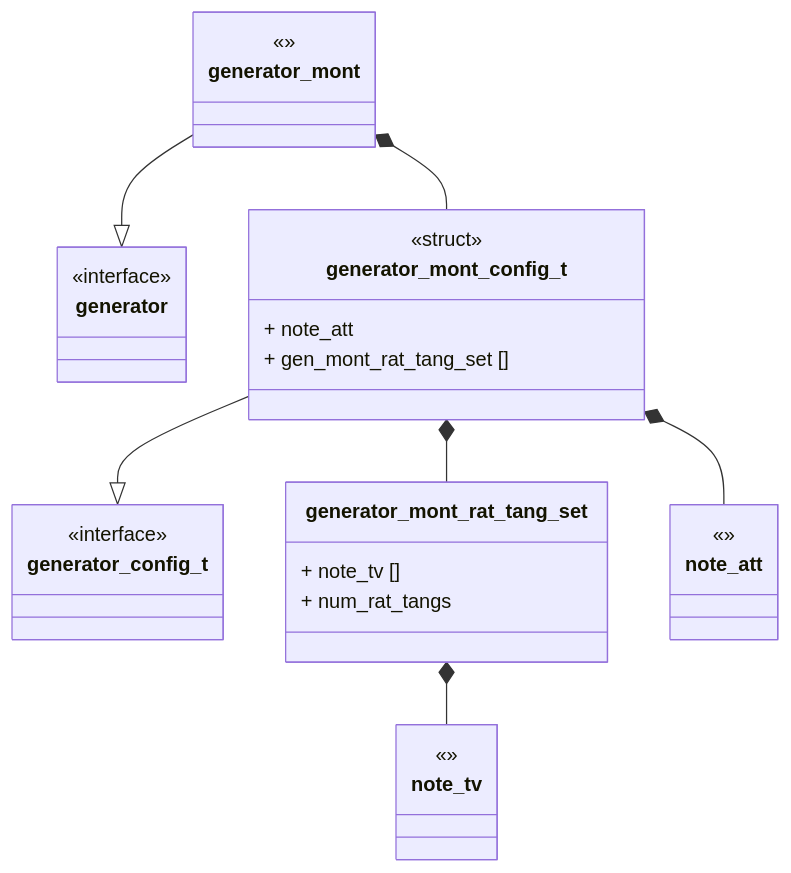
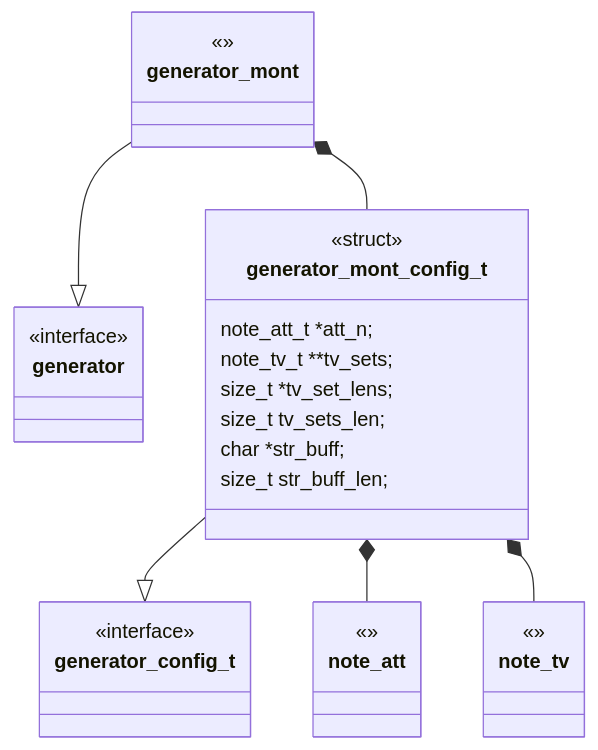
The first of 4 diagrams in source/gen-montesinos/unit-description.md (Uiowa-Applied-Topology/tanglenomicon_core_libraries), drawn with Mermaid before and after one commit. The commit also changed other lines of this file and 2 other files, not shown here.

````diff
--- a/source/gen-montesinos/unit-description.md
+++ b/source/gen-montesinos/unit-description.md
@@ -3,42 +5,41 @@
 ```mermaid
 classDiagram
     generator_mont --|> generator
     generator_mont_config_t --|> generator_config_t
-    generator_mont_config_t *-- generator_mont_rat_tang_set
     generator_mont_config_t *-- note_att
-    generator_mont_rat_tang_set *-- note_tv
+    generator_mont_config_t *-- note_tv
     generator_mont *-- generator_mont_config_t
 
     class generator {
         <<interface>>
     }
 
     class generator_mont {
 <<>>
 }
 
 class generator_mont_config_t {
 <<struct>>
-+ note_att
-+ gen_mont_rat_tang_set []
+note_att_t *att_n;
+note_tv_t **tv_sets;
+size_t *tv_set_lens;
+size_t tv_sets_len;
+char *str_buff;
+size_t str_buff_len;
 }
 
 class generator_config_t {
 <<interface>>
 
 }
 
-class generator_mont_rat_tang_set{
-+ note_tv []
-+ num_rat_tangs
-}
 
 class note_att{
 <<>>
 }
 
 class note_tv{
 <<>>
 }
 
 ```
````
